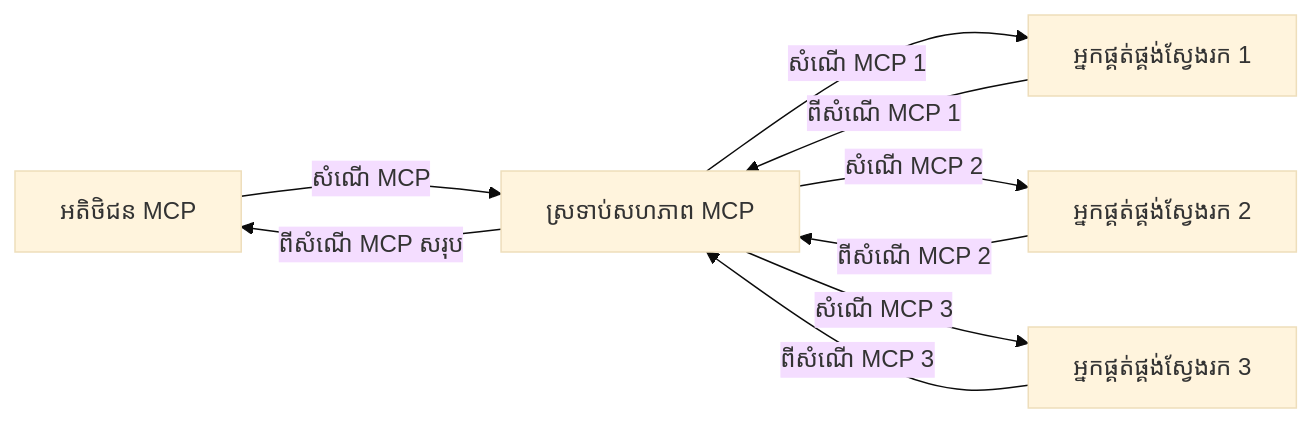
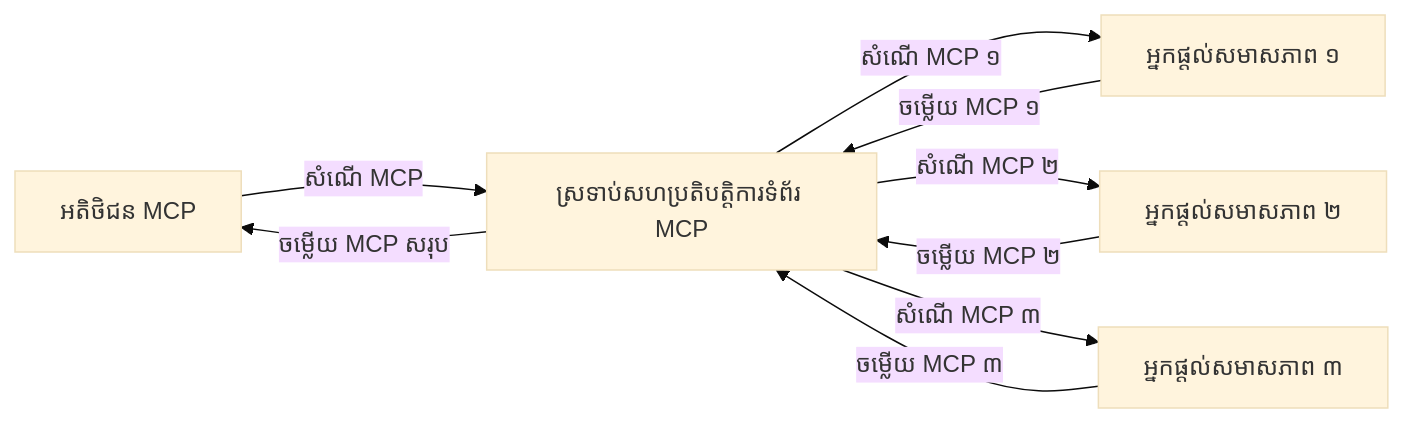
Before and after one commit to microsoft/mcp-for-beginners: the third of 4 diagrams in translations/km/05-AdvancedTopics/mcp-realtimesearch/README.md, drawn with Mermaid (base theme). The commit also changed other lines of this file and 43 other files, not shown here.

````diff
--- a/translations/km/05-AdvancedTopics/mcp-realtimesearch/README.md
+++ b/translations/km/05-AdvancedTopics/mcp-realtimesearch/README.md
@@ -611,11 +612,11 @@
 ```mermaid
 graph LR
-    Client[អតិថិជន MCP] --> |សំណើ MCP| Federation[ស្រទាប់សហភាព MCP]
-    Federation --> |សំណើ MCP 1| Search1[អ្នកផ្គត់ផ្គង់ស្វែងរក 1]
-    Federation --> |សំណើ MCP 2| Search2[អ្នកផ្គត់ផ្គង់ស្វែងរក 2]
-    Federation --> |សំណើ MCP 3| Search3[អ្នកផ្គត់ផ្គង់ស្វែងរក 3]
-    Search1 --> |ពីសំណើ MCP 1| Federation
-    Search2 --> |ពីសំណើ MCP 2| Federation
-    Search3 --> |ពីសំណើ MCP 3| Federation
-    Federation --> |ពីសំណើ MCP សរុប| Client
+    Client[អតិថិជន MCP] --> |សំណើ MCP| Federation[ស្រទាប់សហប្រតិបត្តិការទំព័រ MCP]
+    Federation --> |សំណើ MCP ១| Search1[អ្នកផ្តល់សមាសភាព ១]
+    Federation --> |សំណើ MCP ២| Search2[អ្នកផ្តល់សមាសភាព ២]
+    Federation --> |សំណើ MCP ៣| Search3[អ្នកផ្តល់សមាសភាព ៣]
+    Search1 --> |ចម្លើយ MCP ១| Federation
+    Search2 --> |ចម្លើយ MCP ២| Federation
+    Search3 --> |ចម្លើយ MCP ៣| Federation
+    Federation --> |ចម្លើយ MCP សរុប| Client
 ```
````
